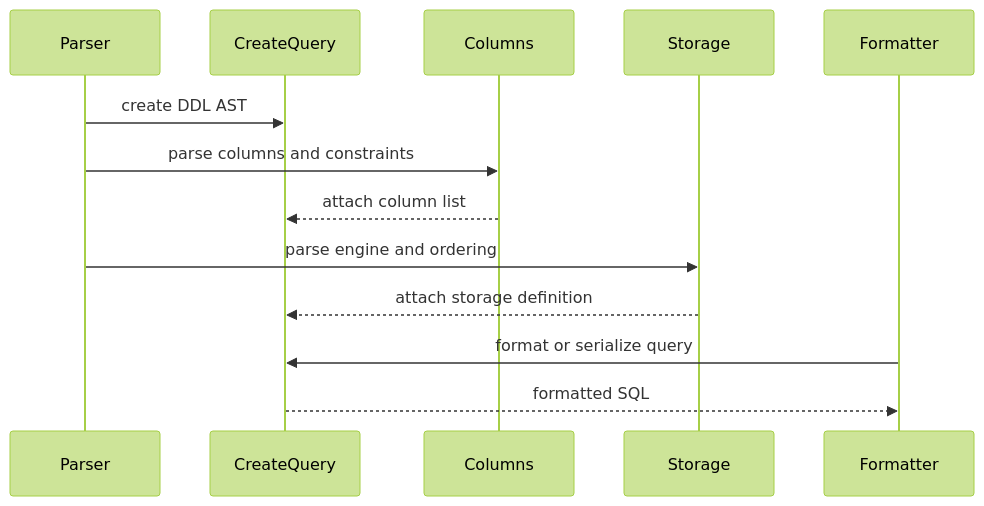
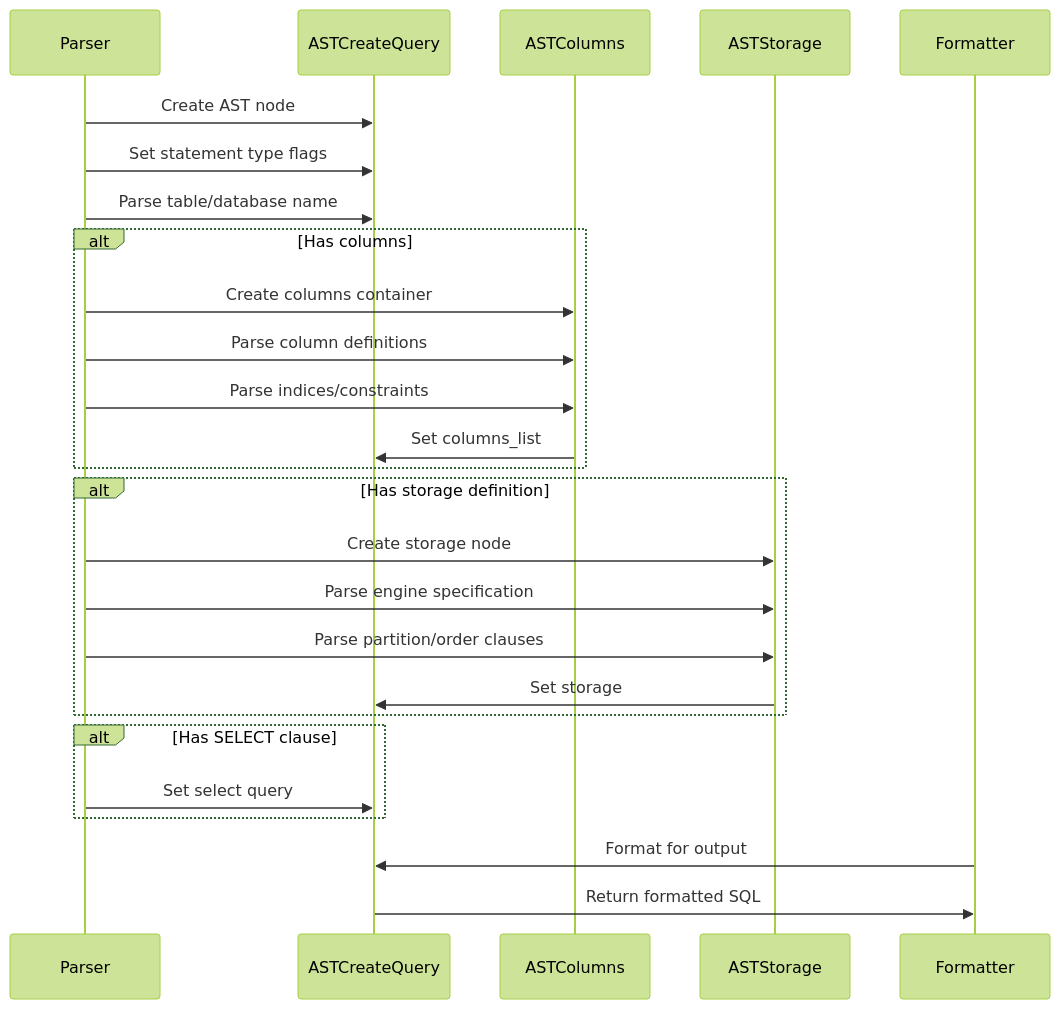
The second of 6 diagrams in skill/references/few-shots/clickhouse-ast-create-query.md (oOSomnus/RepoWiki), drawn with Mermaid (forest theme) before and after one commit. The commit also changed other lines of this file and 26 other files, not shown here.

````diff
--- a/skill/references/few-shots/clickhouse-ast-create-query.md
+++ b/skill/references/few-shots/clickhouse-ast-create-query.md
@@ -7,16 +103,33 @@
 ```mermaid
 sequenceDiagram
     participant Parser
-    participant CreateQuery
-    participant Columns
-    participant Storage
+    participant ASTCreateQuery
+    participant ASTColumns
+    participant ASTStorage
     participant Formatter
-
-    Parser->>CreateQuery: create DDL AST
-    Parser->>Columns: parse columns and constraints
-    Columns-->>CreateQuery: attach column list
-    Parser->>Storage: parse engine and ordering
-    Storage-->>CreateQuery: attach storage definition
-    Formatter->>CreateQuery: format or serialize query
-    CreateQuery-->>Formatter: formatted SQL
+    
+    Parser->>ASTCreateQuery: Create AST node
+    Parser->>ASTCreateQuery: Set statement type flags
+    Parser->>ASTCreateQuery: Parse table/database name
+    
+    alt Has columns
+        Parser->>ASTColumns: Create columns container
+        Parser->>ASTColumns: Parse column definitions
+        Parser->>ASTColumns: Parse indices/constraints
+        ASTColumns->>ASTCreateQuery: Set columns_list
+    end
+    
+    alt Has storage definition
+        Parser->>ASTStorage: Create storage node
+        Parser->>ASTStorage: Parse engine specification
+        Parser->>ASTStorage: Parse partition/order clauses
+        ASTStorage->>ASTCreateQuery: Set storage
+    end
+    
+    alt Has SELECT clause
+        Parser->>ASTCreateQuery: Set select query
+    end
+    
+    Formatter->>ASTCreateQuery: Format for output
+    ASTCreateQuery->>Formatter: Return formatted SQL
 ```
````
